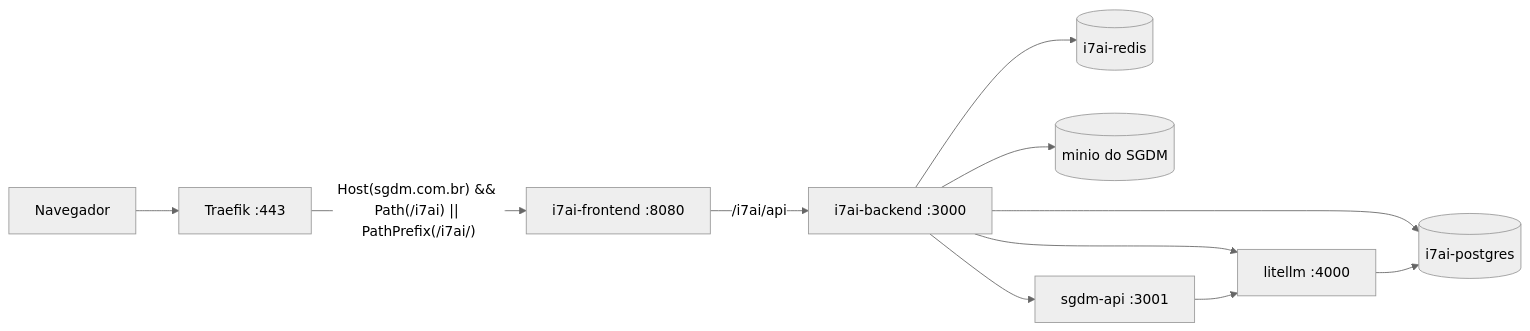
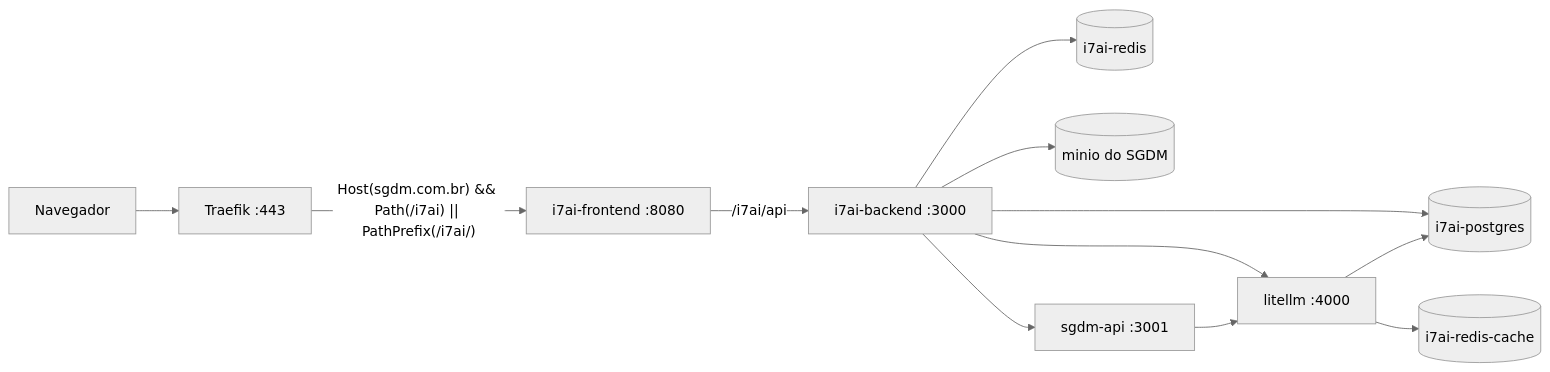
Before and after one commit to JEFERSON-ASSIS/i7ai-prefeituras: the diagram in portainer/README.md, drawn with Mermaid (neutral theme). The commit also changed other lines of this file and 8 other files, not shown here.

Commit message:
fix(ia): cache exato num Redis só de cache, timeouts curtos e acertos fora dos totais do painel

````diff
--- a/portainer/README.md
+++ b/portainer/README.md
@@ -11,13 +11,14 @@
 ```mermaid
 flowchart LR
   U[Navegador] --> T[Traefik :443]
   T -- "Host(sgdm.com.br) && Path(/i7ai) || PathPrefix(/i7ai/)" --> F[i7ai-frontend :8080]
   F -- /i7ai/api --> B[i7ai-backend :3000]
   B --> P[(i7ai-postgres)]
   B --> R[(i7ai-redis)]
   B --> M[(minio do SGDM)]
   B --> L[litellm :4000]
   B --> S[sgdm-api :3001]
   S --> L
   L --> P
+  L --> C[(i7ai-redis-cache)]
 ```
````
